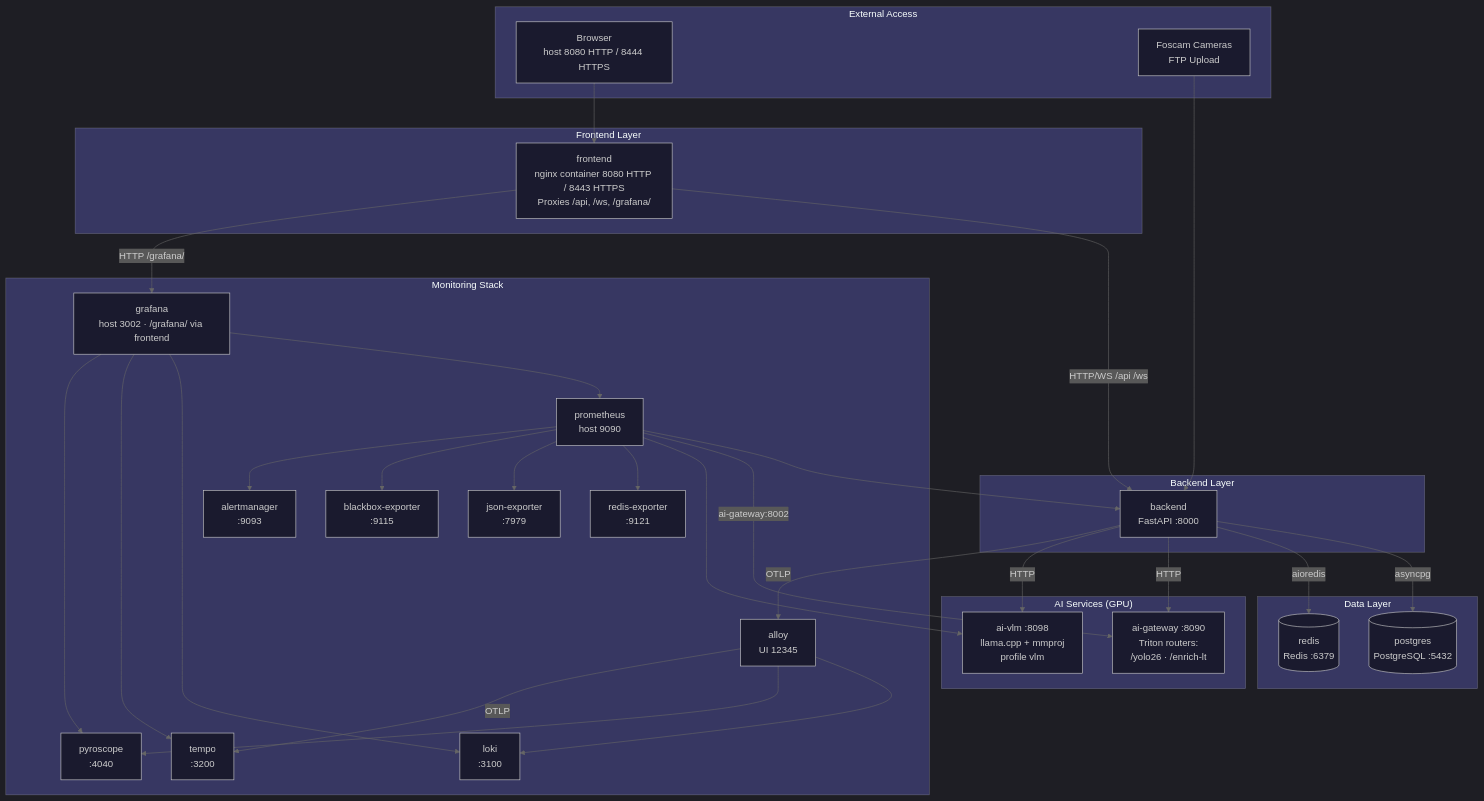
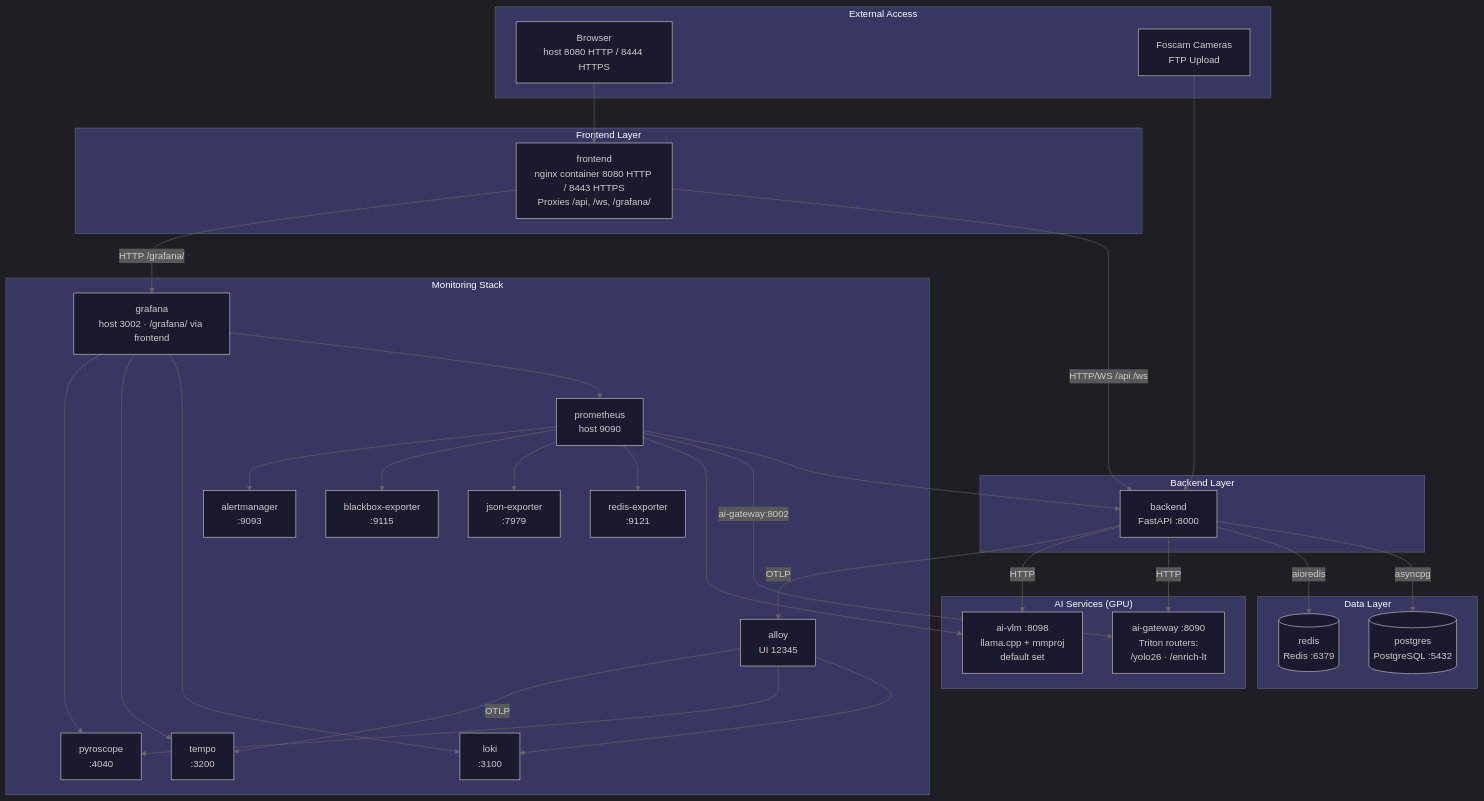
Before and after one commit to mikesvoboda/nemotron-v3-home-security-intelligence: the first of 2 diagrams in docs/operator/README.md, drawn with Mermaid. The commit also changed other lines of this file and 56 other files, not shown here.

```diff
--- a/docs/operator/README.md
+++ b/docs/operator/README.md
@@ -110,7 +110,7 @@
 
     subgraph AI["AI Services (GPU)"]
         GW["ai-gateway :8090<br/>Triton routers:<br/>/yolo26 · /enrich-lt"]
-        VLM["ai-vlm :8098<br/>llama.cpp + mmproj<br/>profile vlm"]
+        VLM["ai-vlm :8098<br/>llama.cpp + mmproj<br/>default set"]
     end
 
     subgraph Data["Data Layer"]
```
